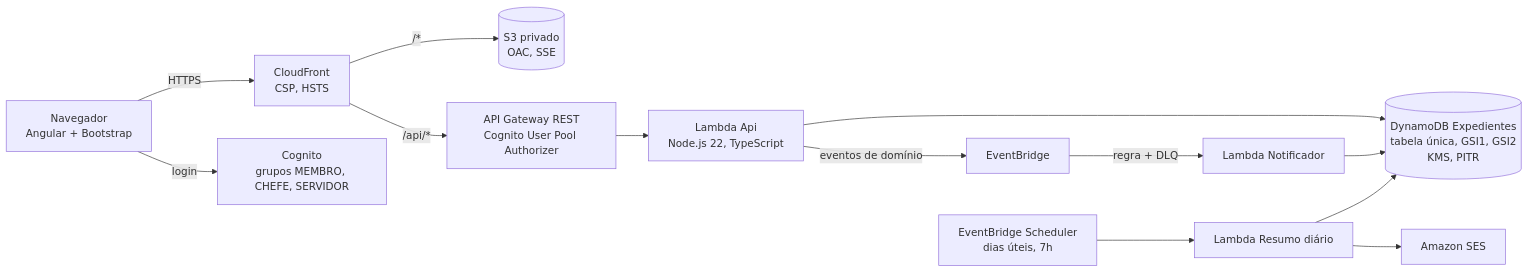
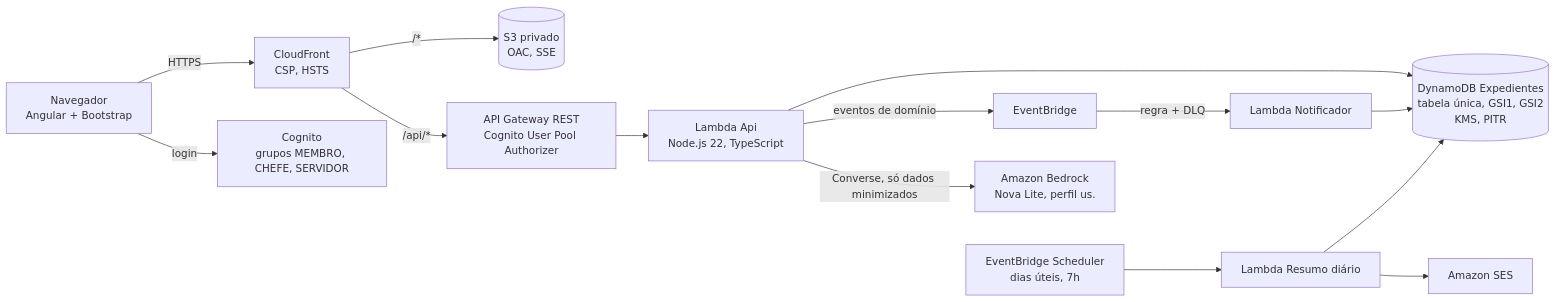
Before and after one commit to willsiqueira/hackathon: the diagram in README.md, drawn with Mermaid. The commit also changed other lines of this file and 36 other files, not shown here.

````diff
--- a/README.md
+++ b/README.md
@@ -33,15 +33,16 @@
 ```mermaid
 flowchart LR
   U[Navegador<br/>Angular + Bootstrap] -->|HTTPS| CF[CloudFront<br/>CSP, HSTS]
   CF -->|/*| S3[(S3 privado<br/>OAC, SSE)]
   CF -->|/api/*| APIGW[API Gateway REST<br/>Cognito User Pool Authorizer]
   U -->|login| COG[Cognito<br/>grupos MEMBRO, CHEFE, SERVIDOR]
   APIGW --> API[Lambda Api<br/>Node.js 22, TypeScript]
   API --> DDB[(DynamoDB Expedientes<br/>tabela única, GSI1, GSI2<br/>KMS, PITR)]
   API -->|eventos de domínio| EB[EventBridge]
   EB -->|regra + DLQ| NOT[Lambda Notificador]
   NOT --> DDB
   SCH[EventBridge Scheduler<br/>dias úteis, 7h] --> RES[Lambda Resumo diário]
   RES --> DDB
   RES --> SES[Amazon SES]
+  API -->|Converse, só dados minimizados| BR[Amazon Bedrock<br/>Nova Lite, perfil us.]
 ```
````
